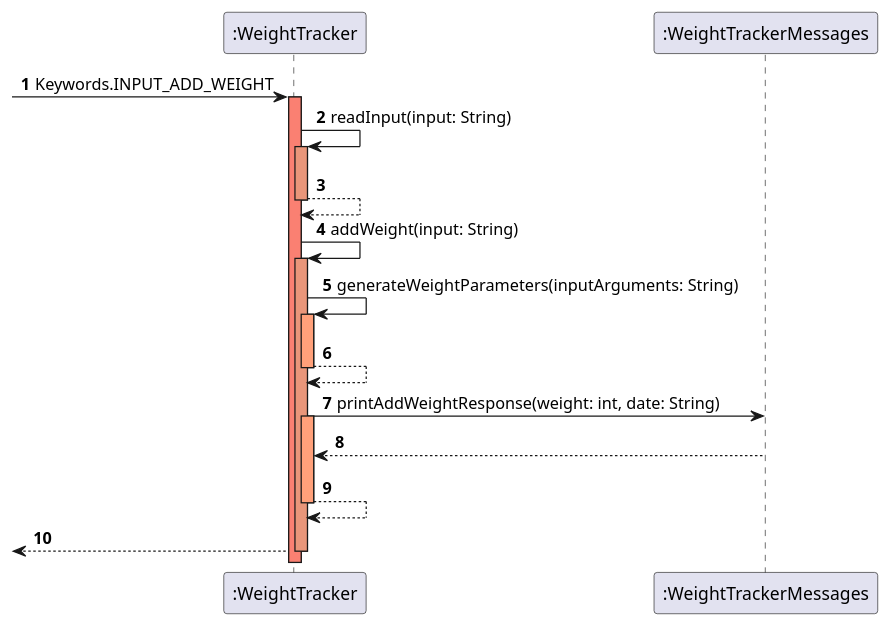
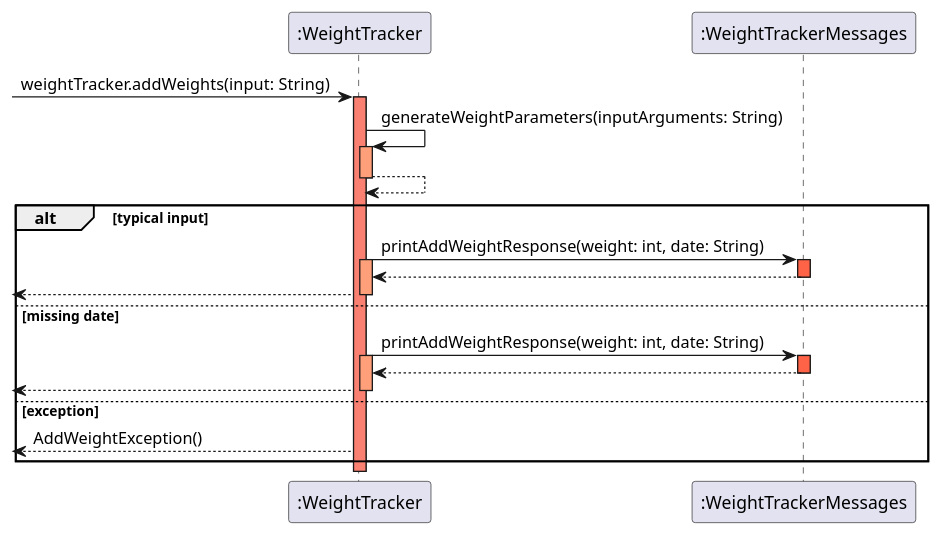
Before and after one commit to teoziyiivy/tp: the diagram in diagrams/WeightTracker_add_sequence.puml, drawn with PlantUML. The commit also changed 19 other files, not shown here.

Commit message:
Refractoring WeightTracker and editing DG

```diff
--- a/diagrams/WeightTracker_add_sequence.puml
+++ b/diagrams/WeightTracker_add_sequence.puml
@@ -1,25 +1,32 @@
 @startuml
 'https://plantuml.com/sequence-diagram
 
-autonumber
 
 participant ":WeightTracker"
 participant ":WeightTrackerMessages"
 
-->":WeightTracker" : Keywords.INPUT_ADD_WEIGHT
+->":WeightTracker" : weightTracker.addWeights(input: String)
 activate ":WeightTracker" #Salmon
-":WeightTracker"->":WeightTracker" : readInput(input: String)
-activate ":WeightTracker" #DarkSalmon
-return
-":WeightTracker"->":WeightTracker" : addWeight(input: String)
-activate ":WeightTracker" #DarkSalmon
 ":WeightTracker"->":WeightTracker" : generateWeightParameters(inputArguments: String)
 activate ":WeightTracker" #LightSalmon
 return
+alt typical input
 ":WeightTracker"->":WeightTrackerMessages" : printAddWeightResponse(weight: int, date: String)
 activate ":WeightTracker" #LightSalmon
+activate ":WeightTrackerMessages" #Tomato
 return
+deactivate ":WeightTrackerMessages"
 return
+else missing date
+":WeightTracker"->":WeightTrackerMessages" : printAddWeightResponse(weight: int, date: String)
+activate ":WeightTracker" #LightSalmon
+activate ":WeightTrackerMessages"#Tomato
 return
+deactivate ":WeightTrackerMessages"
+<--":WeightTracker"
+deactivate ":WeightTracker"
+else exception
+<--":WeightTracker" : AddWeightException()
+end
 
 @enduml
```
